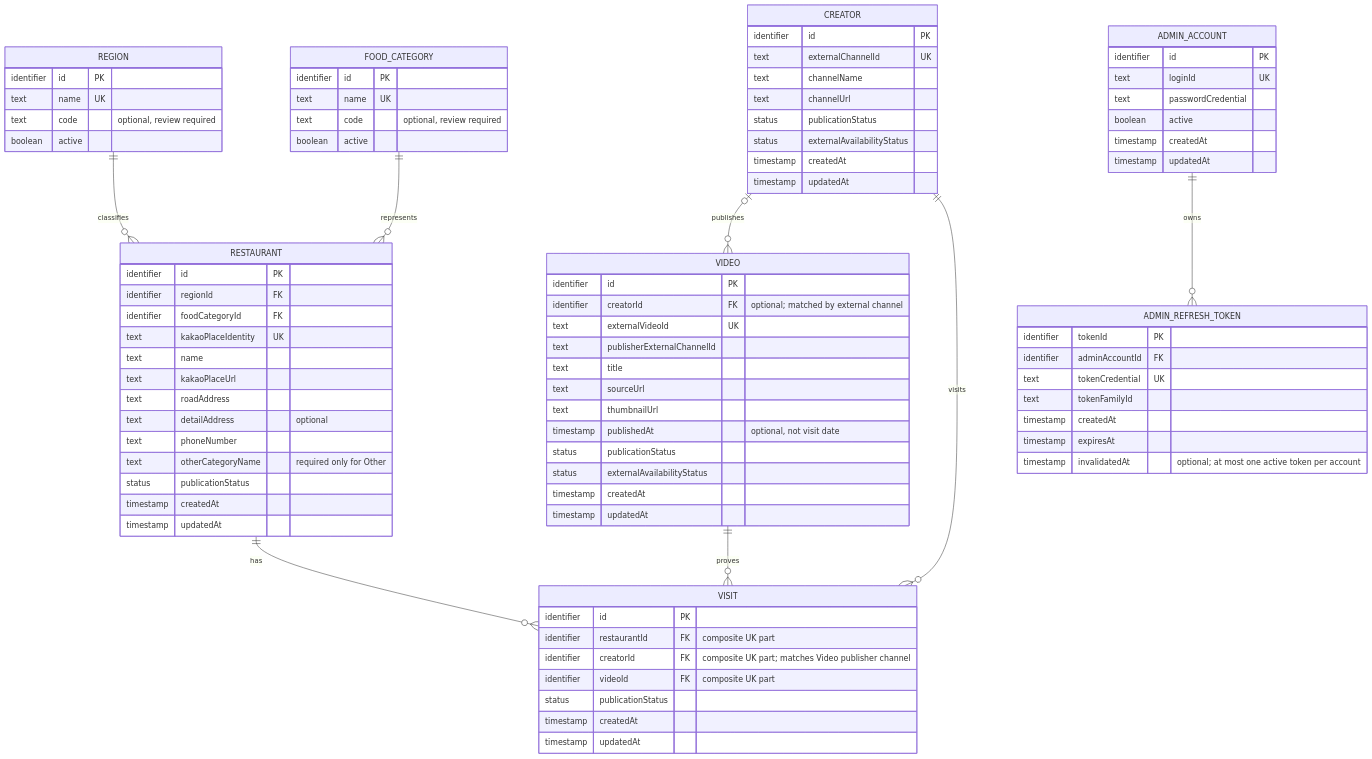
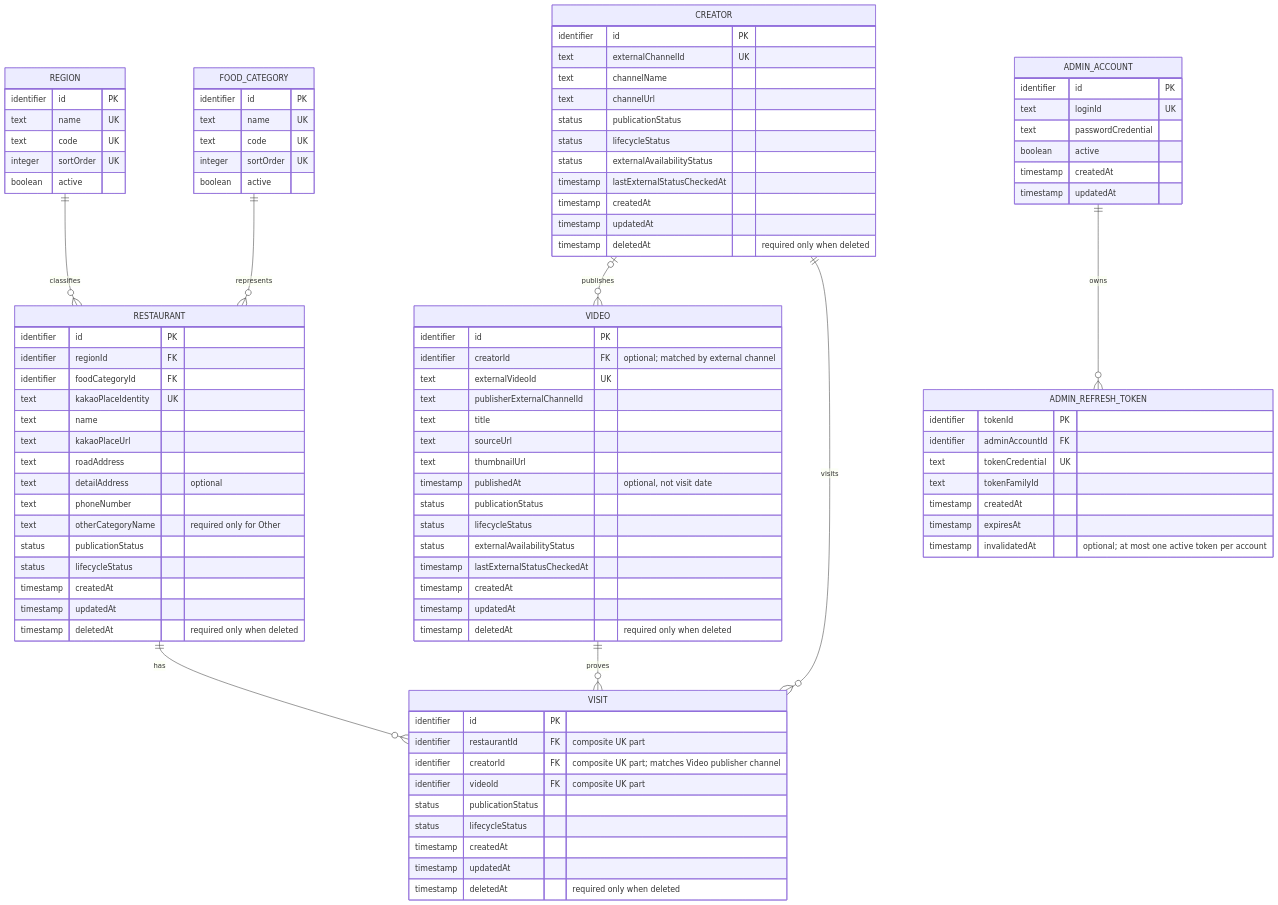
Before and after one commit to team-youngkk/masit-on: the diagram in docs/05-specs/diagrams/erd.mmd, drawn with Mermaid. The commit also changed 68 other files, not shown here.

```diff
--- a/docs/05-specs/diagrams/erd.mmd
+++ b/docs/05-specs/diagrams/erd.mmd
@@ -1,93 +1,105 @@
 erDiagram
     REGION ||--o{ RESTAURANT : classifies
     FOOD_CATEGORY ||--o{ RESTAURANT : represents
     CREATOR o|--o{ VIDEO : publishes
     RESTAURANT ||--o{ VISIT : has
     CREATOR ||--o{ VISIT : visits
     VIDEO ||--o{ VISIT : proves
     ADMIN_ACCOUNT ||--o{ ADMIN_REFRESH_TOKEN : owns
 
     REGION {
         identifier id PK
         text name UK
-        text code "optional, review required"
+        text code UK
+        integer sortOrder UK
         boolean active
     }
 
     FOOD_CATEGORY {
         identifier id PK
         text name UK
-        text code "optional, review required"
+        text code UK
+        integer sortOrder UK
         boolean active
     }
 
     RESTAURANT {
         identifier id PK
         identifier regionId FK
         identifier foodCategoryId FK
         text kakaoPlaceIdentity UK
         text name
         text kakaoPlaceUrl
         text roadAddress
         text detailAddress "optional"
         text phoneNumber
         text otherCategoryName "required only for Other"
         status publicationStatus
+        status lifecycleStatus
         timestamp createdAt
         timestamp updatedAt
+        timestamp deletedAt "required only when deleted"
     }
 
     CREATOR {
         identifier id PK
         text externalChannelId UK
         text channelName
         text channelUrl
         status publicationStatus
+        status lifecycleStatus
         status externalAvailabilityStatus
+        timestamp lastExternalStatusCheckedAt
         timestamp createdAt
         timestamp updatedAt
+        timestamp deletedAt "required only when deleted"
     }
 
     VIDEO {
         identifier id PK
         identifier creatorId FK "optional; matched by external channel"
         text externalVideoId UK
         text publisherExternalChannelId
         text title
         text sourceUrl
         text thumbnailUrl
         timestamp publishedAt "optional, not visit date"
         status publicationStatus
+        status lifecycleStatus
         status externalAvailabilityStatus
+        timestamp lastExternalStatusCheckedAt
         timestamp createdAt
         timestamp updatedAt
+        timestamp deletedAt "required only when deleted"
     }
 
     VISIT {
         identifier id PK
         identifier restaurantId FK "composite UK part"
         identifier creatorId FK "composite UK part; matches Video publisher channel"
         identifier videoId FK "composite UK part"
         status publicationStatus
+        status lifecycleStatus
         timestamp createdAt
         timestamp updatedAt
+        timestamp deletedAt "required only when deleted"
     }
 
     ADMIN_ACCOUNT {
         identifier id PK
         text loginId UK
         text passwordCredential
         boolean active
         timestamp createdAt
         timestamp updatedAt
     }
 
     ADMIN_REFRESH_TOKEN {
         identifier tokenId PK
         identifier adminAccountId FK
         text tokenCredential UK
         text tokenFamilyId
         timestamp createdAt
         timestamp expiresAt
         timestamp invalidatedAt "optional; at most one active token per account"
     }
```
